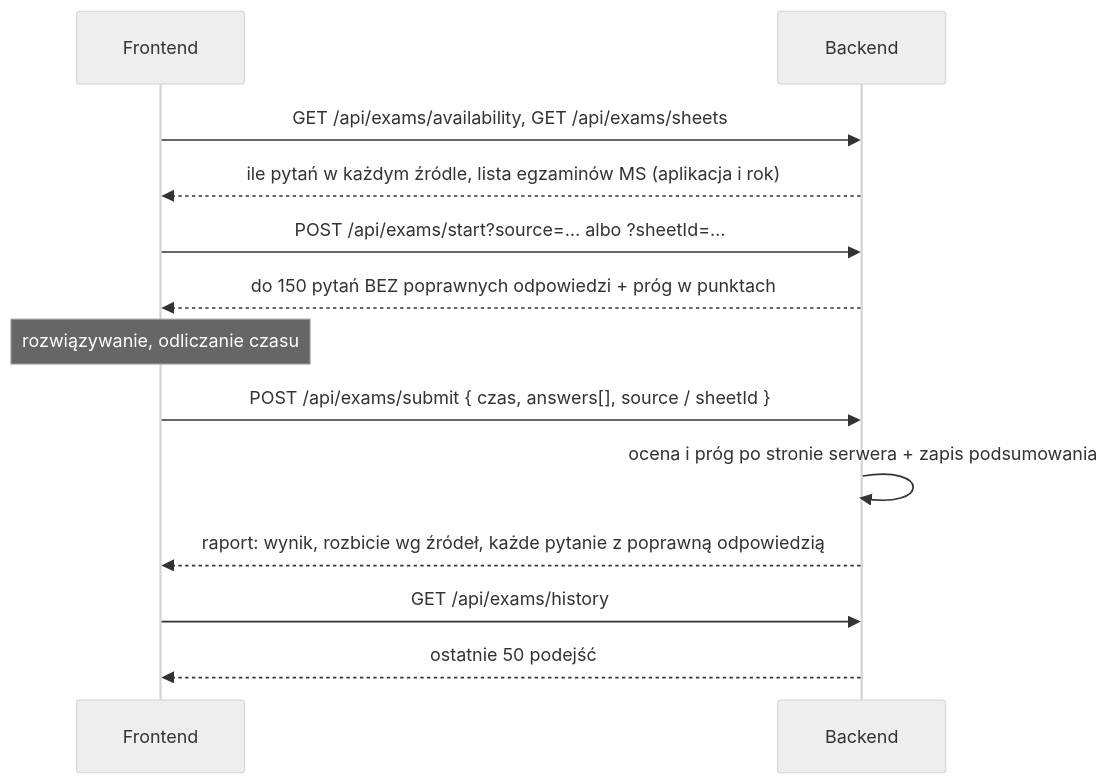
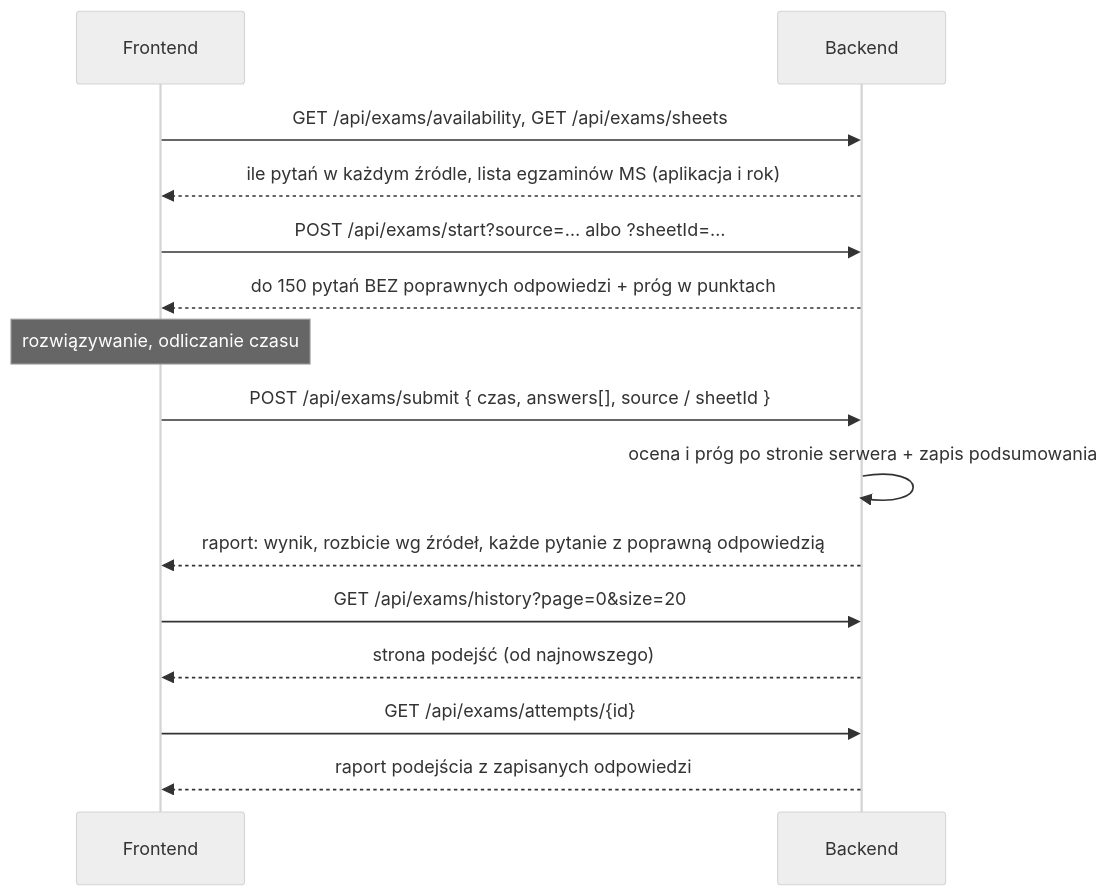
Before and after one commit to YellowHand/tutlaw-backend: the diagram in docs/api/07-egzaminy.md, drawn with Mermaid (neutral theme). The commit also changed other lines of this file and 52 other files, not shown here.

````diff
--- a/docs/api/07-egzaminy.md
+++ b/docs/api/07-egzaminy.md
@@ -21,15 +21,17 @@
 ```mermaid
 sequenceDiagram
     participant F as Frontend
     participant B as Backend
     F->>B: GET /api/exams/availability, GET /api/exams/sheets
     B-->>F: ile pytań w każdym źródle, lista egzaminów MS (aplikacja i rok)
     F->>B: POST /api/exams/start?source=… albo ?sheetId=…
     B-->>F: do 150 pytań BEZ poprawnych odpowiedzi + próg w punktach
     Note over F: rozwiązywanie, odliczanie czasu
     F->>B: POST /api/exams/submit { czas, answers[], source / sheetId }
     B->>B: ocena i próg po stronie serwera + zapis podsumowania
     B-->>F: raport: wynik, rozbicie wg źródeł, każde pytanie z poprawną odpowiedzią
-    F->>B: GET /api/exams/history
-    B-->>F: ostatnie 50 podejść
+    F->>B: GET /api/exams/history?page=0&size=20
+    B-->>F: strona podejść (od najnowszego)
+    F->>B: GET /api/exams/attempts/{id}
+    B-->>F: raport podejścia z zapisanych odpowiedzi
 ```
````
